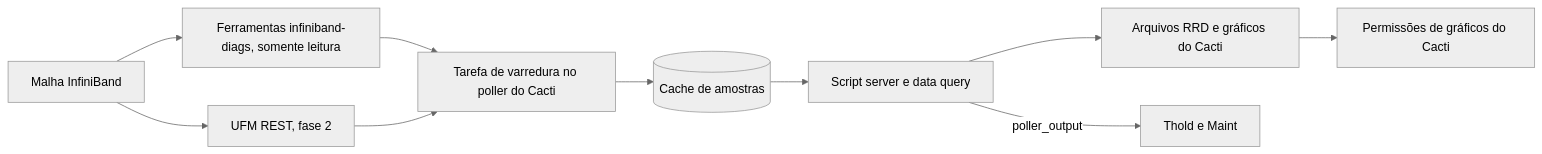
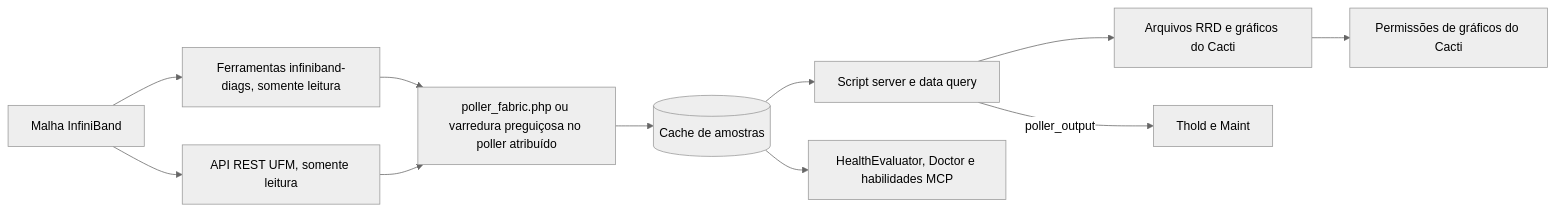
One commit to somethingwithproof/plugin_fabric changed the diagram in docs/i18n/pt-BR/README.md. Above: the diagram before and after it, drawn with Mermaid (neutral theme). The commit also changed other lines of this file and 48 other files, not shown here.

````diff
--- a/docs/i18n/pt-BR/README.md
+++ b/docs/i18n/pt-BR/README.md
@@ -102,12 +132,13 @@
 ```mermaid
 flowchart LR
     F[Malha InfiniBand] --> T[Ferramentas infiniband-diags, somente leitura]
-    F --> U[UFM REST, fase 2]
-    T --> S[Tarefa de varredura no poller do Cacti]
+    F --> U[API REST UFM, somente leitura]
+    T --> S[poller_fabric.php ou varredura preguiçosa no poller atribuído]
     U --> S
     S --> C[(Cache de amostras)]
     C --> SS[Script server e data query]
     SS --> R[Arquivos RRD e gráficos do Cacti]
     SS -->|poller_output| TH[Thold e Maint]
+    C --> H[HealthEvaluator, Doctor e habilidades MCP]
     R --> P[Permissões de gráficos do Cacti]
 ```
````
